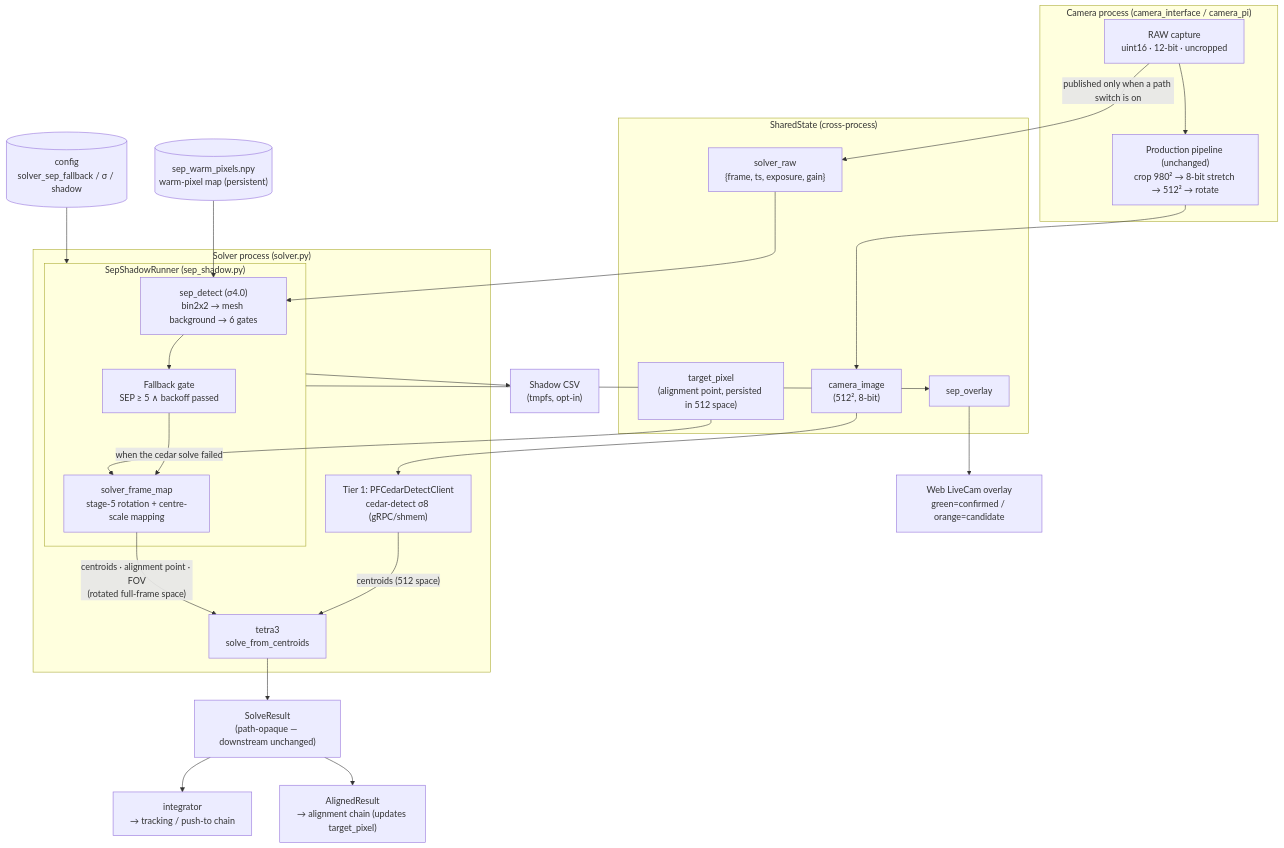
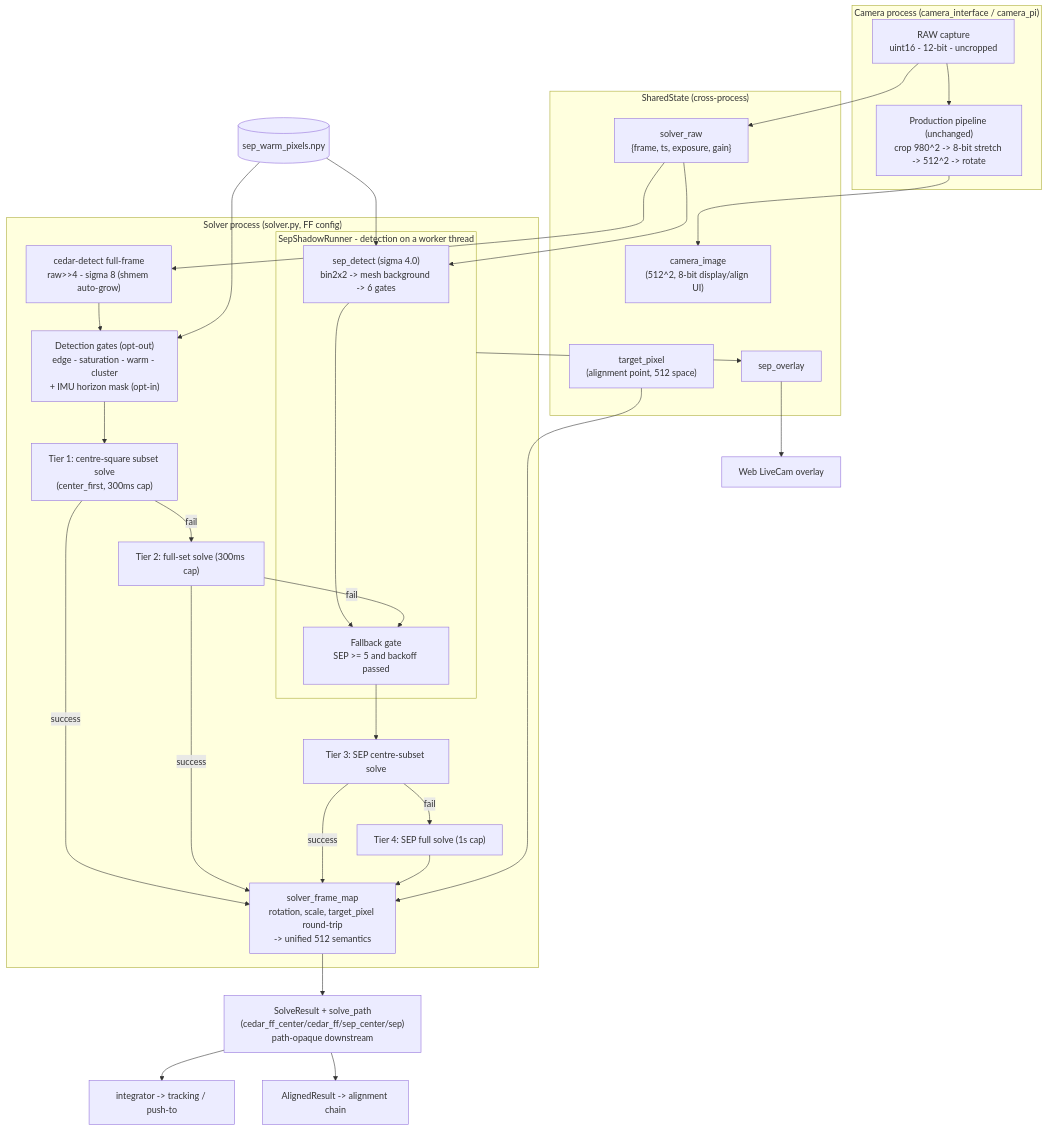
The diagram in docs/mf_cedar_sep_hybrid_design_en.md (hjoungjoo/MF_PiFinder), drawn with Mermaid before and after one commit. The commit also changed other lines of this file and 1 other file, not shown here.

First line of the commit message:
docs: bring the hybrid design authority up to the current solver

````diff
--- a/docs/mf_cedar_sep_hybrid_design_en.md
+++ b/docs/mf_cedar_sep_hybrid_design_en.md
@@ -53,36 +66,44 @@
 ```mermaid
 flowchart TB
     subgraph camproc["Camera process (camera_interface / camera_pi)"]
-        raw["RAW capture<br/>uint16 · 12-bit · uncropped"]
-        prod["Production pipeline (unchanged)<br/>crop 980² → 8-bit stretch → 512² → rotate"]
+        raw["RAW capture<br/>uint16 - 12-bit - uncropped"]
+        prod["Production pipeline (unchanged)<br/>crop 980^2 -> 8-bit stretch -> 512^2 -> rotate"]
     end
     subgraph shared["SharedState (cross-process)"]
-        ci["camera_image<br/>(512², 8-bit)"]
+        ci["camera_image<br/>(512^2, 8-bit display/align UI)"]
         sr["solver_raw<br/>{frame, ts, exposure, gain}"]
-        tp["target_pixel<br/>(alignment point, persisted in 512 space)"]
+        tp["target_pixel<br/>(alignment point, 512 space)"]
         ov["sep_overlay"]
     end
-    subgraph solver["Solver process (solver.py)"]
-        cedar["Tier 1: PFCedarDetectClient<br/>cedar-detect σ8 (gRPC/shmem)"]
-        subgraph runner["SepShadowRunner (sep_shadow.py)"]
-            det["sep_detect (σ4.0)<br/>bin2x2 → mesh background → 6 gates"]
-            gate["Fallback gate<br/>SEP ≥ 5 ∧ backoff passed"]
-            sfm["solver_frame_map<br/>stage-5 rotation + centre-scale mapping"]
+    subgraph solver["Solver process (solver.py, FF config)"]
+        ced["cedar-detect full-frame<br/>raw>>4 - sigma 8 (shmem auto-grow)"]
+        gates["Detection gates (opt-out)<br/>edge - saturation - warm - cluster<br/>+ IMU horizon mask (opt-in)"]
+        c1["Tier 1: centre-square subset solve<br/>(center_first, 300ms cap)"]
+        c2["Tier 2: full-set solve (300ms cap)"]
+        subgraph runner["SepShadowRunner - detection on a worker thread"]
+            det["sep_detect (sigma 4.0)<br/>bin2x2 -> mesh background -> 6 gates"]
+            gate["Fallback gate<br/>SEP >= 5 and backoff passed"]
         end
-        t3["tetra3<br/>solve_from_centroids"]
+        s3["Tier 3: SEP centre-subset solve"]
+        s4["Tier 4: SEP full solve (1s cap)"]
+        map["solver_frame_map<br/>rotation, scale, target_pixel round-trip<br/>-> unified 512 semantics"]
     end
-    wpm[("sep_warm_pixels.npy<br/>warm-pixel map (persistent)")]
-    cfg[("config<br/>solver_sep_fallback / σ / shadow")]
-    raw --> prod --> ci --> cedar -->|"centroids (512 space)"| t3
-    raw -->|"published only when a path switch is on"| sr --> det
+    wpm[("sep_warm_pixels.npy")]
+    raw --> prod --> ci
+    raw --> sr
+    sr --> ced --> gates --> c1 -->|fail| c2
+    sr --> det
+    wpm --> gates
     wpm --> det
-    cfg --> runner
     det --> gate
-    gate -->|"when the cedar solve failed"| sfm -->|"centroids · alignment point · FOV<br/>(rotated full-frame space)"| t3
-    tp --> sfm
-    t3 --> res["SolveResult<br/>(path-opaque — downstream unchanged)"]
-    res --> integ["integrator<br/>→ tracking / push-to chain"]
-    res --> align["AlignedResult<br/>→ alignment chain (updates target_pixel)"]
-    runner --> ov --> web["Web LiveCam overlay<br/>green=confirmed / orange=candidate"]
-    runner --> csv["Shadow CSV<br/>(tmpfs, opt-in)"]
+    c2 -->|fail| gate --> s3 -->|fail| s4
+    c1 -->|success| map
+    c2 -->|success| map
+    s3 -->|success| map
+    s4 --> map
+    tp --> map
+    map --> res["SolveResult + solve_path<br/>(cedar_ff_center/cedar_ff/sep_center/sep)<br/>path-opaque downstream"]
+    res --> integ["integrator -> tracking / push-to"]
+    res --> align["AlignedResult -> alignment chain"]
+    runner --> ov --> web["Web LiveCam overlay"]
 ```
````
